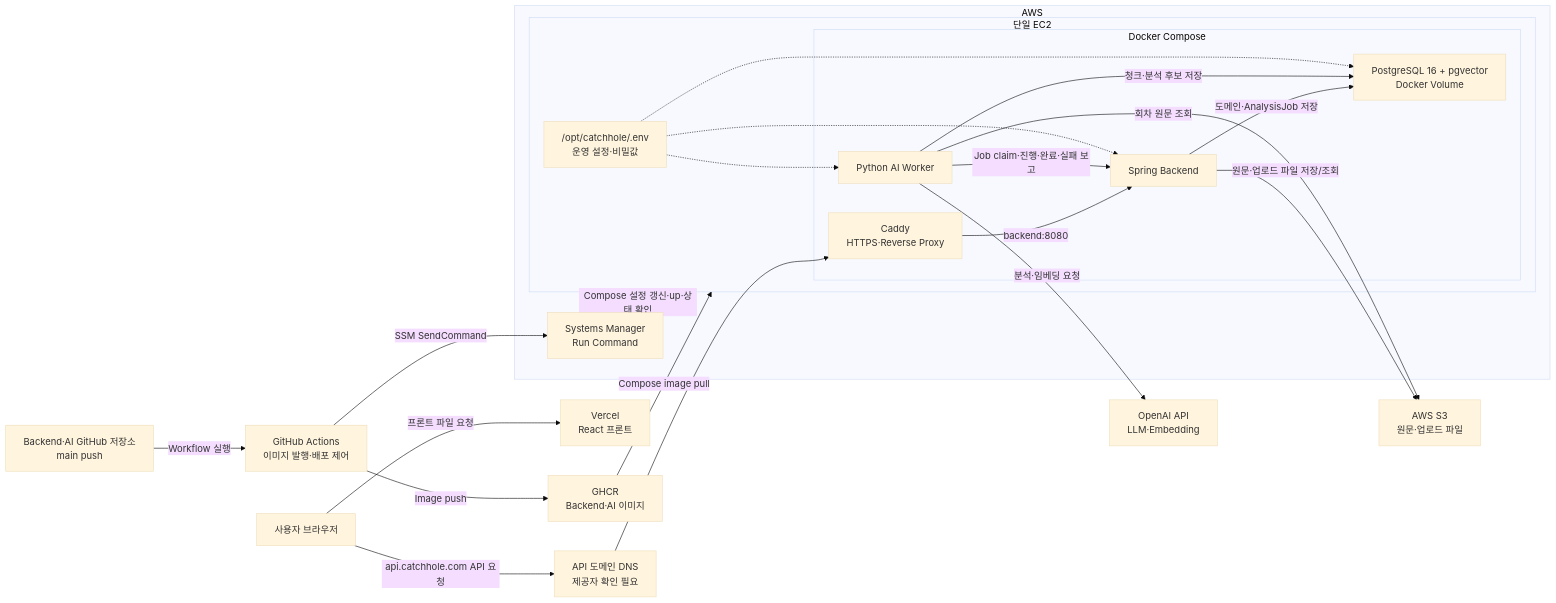
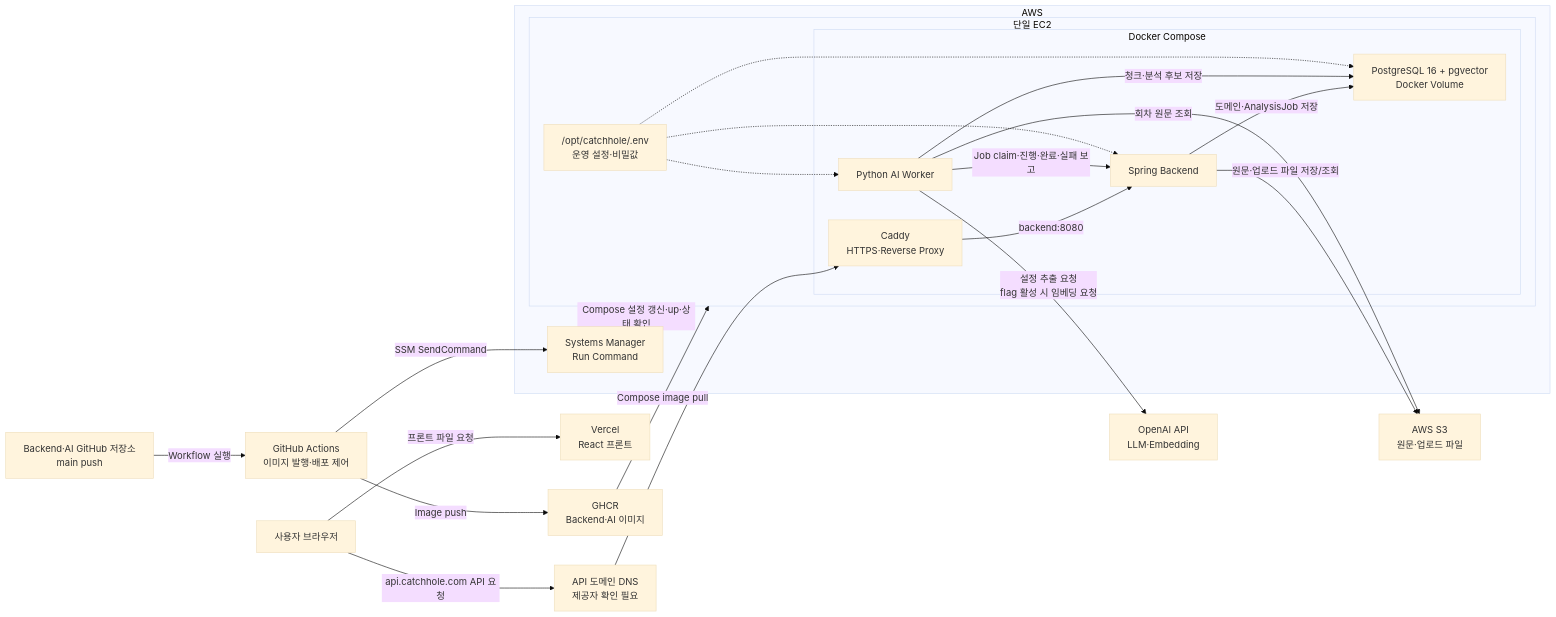
Before and after one commit to catchhole-soma/catchhole-backend-java: the first of 3 diagrams in docs/infrastructure-flow.md, drawn with Mermaid (base theme). The commit also changed other lines of this file and 1 other file, not shown here.

First line of the commit message:
docs(deploy): 임베딩 재활성화 조건을 기록한다

````diff
--- a/docs/infrastructure-flow.md
+++ b/docs/infrastructure-flow.md
@@ -25,49 +25,49 @@
 ```mermaid
 flowchart LR
     USER["사용자 브라우저"]
     VERCEL["Vercel<br/>React 프론트"]
     DNS["API 도메인 DNS<br/>제공자 확인 필요"]
     OPENAI["OpenAI API<br/>LLM·Embedding"]
     S3["AWS S3<br/>원문·업로드 파일"]
     REPOSITORIES["Backend·AI GitHub 저장소<br/>main push"]
     ACTIONS["GitHub Actions<br/>이미지 발행·배포 제어"]
     GHCR["GHCR<br/>Backend·AI 이미지"]
 
     subgraph AWS["AWS"]
         SSM["Systems Manager<br/>Run Command"]
 
         subgraph EC2["단일 EC2"]
             subgraph COMPOSE["Docker Compose"]
                 CADDY["Caddy<br/>HTTPS·Reverse Proxy"]
                 SPRING["Spring Backend"]
                 WORKER["Python AI Worker"]
                 POSTGRES["PostgreSQL 16 + pgvector<br/>Docker Volume"]
             end
 
             ENV["/opt/catchhole/.env<br/>운영 설정·비밀값"]
         end
     end
 
     USER -->|"프론트 파일 요청"| VERCEL
     USER -->|"api.catchhole.com API 요청"| DNS
     DNS --> CADDY
     CADDY -->|"backend:8080"| SPRING
 
     SPRING -->|"도메인·AnalysisJob 저장"| POSTGRES
     SPRING -->|"원문·업로드 파일 저장/조회"| S3
 
     WORKER -->|"Job claim·진행·완료·실패 보고"| SPRING
     WORKER -->|"청크·분석 후보 저장"| POSTGRES
     WORKER -->|"회차 원문 조회"| S3
-    WORKER -->|"분석·임베딩 요청"| OPENAI
+    WORKER -->|"설정 추출 요청<br/>flag 활성 시 임베딩 요청"| OPENAI
 
     ENV -.-> SPRING
     ENV -.-> WORKER
     ENV -.-> POSTGRES
 
     REPOSITORIES -->|"Workflow 실행"| ACTIONS
     ACTIONS -->|"Image push"| GHCR
     ACTIONS -->|"SSM SendCommand"| SSM
     GHCR -->|"Compose image pull"| EC2
     SSM -->|"Compose 설정 갱신·up·상태 확인"| EC2
 ```
````
